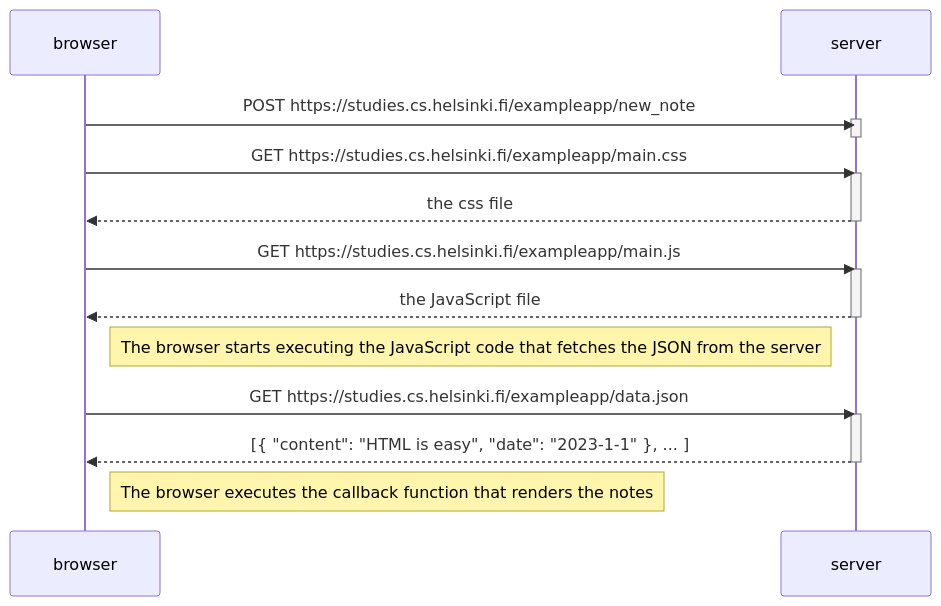
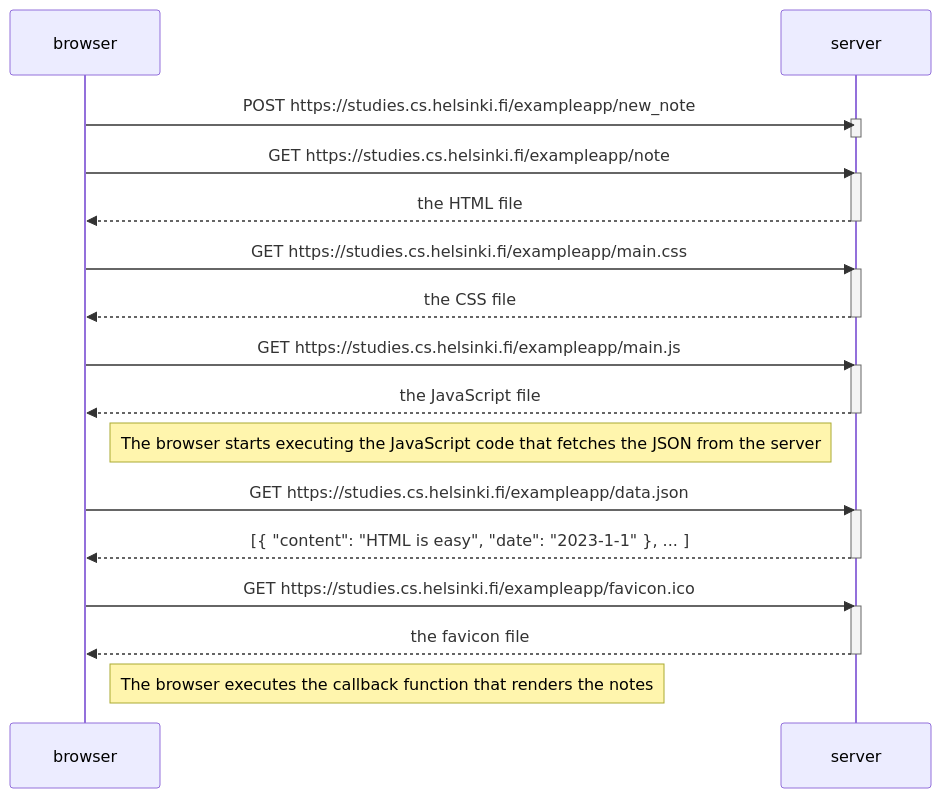
One commit to bogdano/helsinki changed the diagram in part0/new-note-diagram.md. Above: the diagram before and after it, drawn with Mermaid.

````diff
--- a/part0/new-note-diagram.md
+++ b/part0/new-note-diagram.md
@@ -1,29 +1,38 @@
 ```mermaid
 sequenceDiagram
     participant browser
     participant server
     
     browser->>server: POST https://studies.cs.helsinki.fi/exampleapp/new_note
     activate server
     
     deactivate server
     
+    browser->>server: GET https://studies.cs.helsinki.fi/exampleapp/note
+    activate server
+    server-->>browser: the HTML file
+    deactivate server
+
     browser->>server: GET https://studies.cs.helsinki.fi/exampleapp/main.css
     activate server
-    server-->>browser: the css file
+    server-->>browser: the CSS file
     deactivate server
     
     browser->>server: GET https://studies.cs.helsinki.fi/exampleapp/main.js
     activate server
     server-->>browser: the JavaScript file
     deactivate server
     
     Note right of browser: The browser starts executing the JavaScript code that fetches the JSON from the server
     
     browser->>server: GET https://studies.cs.helsinki.fi/exampleapp/data.json
     activate server
     server-->>browser: [{ "content": "HTML is easy", "date": "2023-1-1" }, ... ]
     deactivate server    
+    browser->>server: GET https://studies.cs.helsinki.fi/exampleapp/favicon.ico
+    activate server
+    server-->>browser: the favicon file
+    deactivate server
 
     Note right of browser: The browser executes the callback function that renders the notes 
 ```
````
